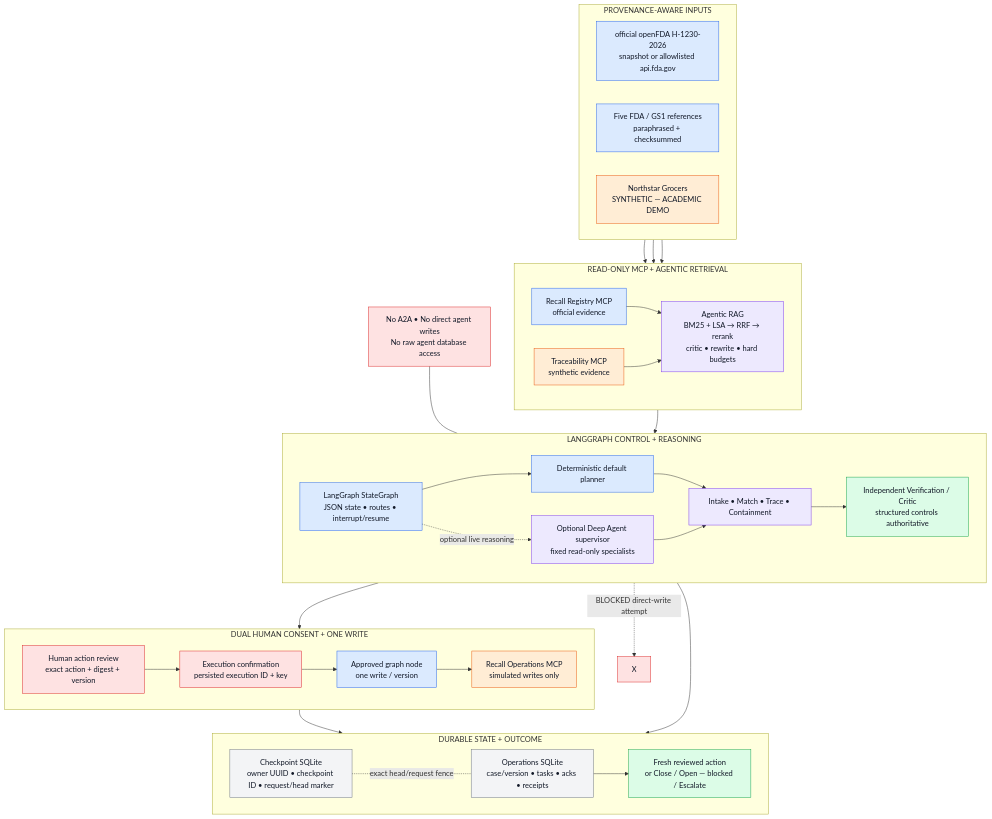
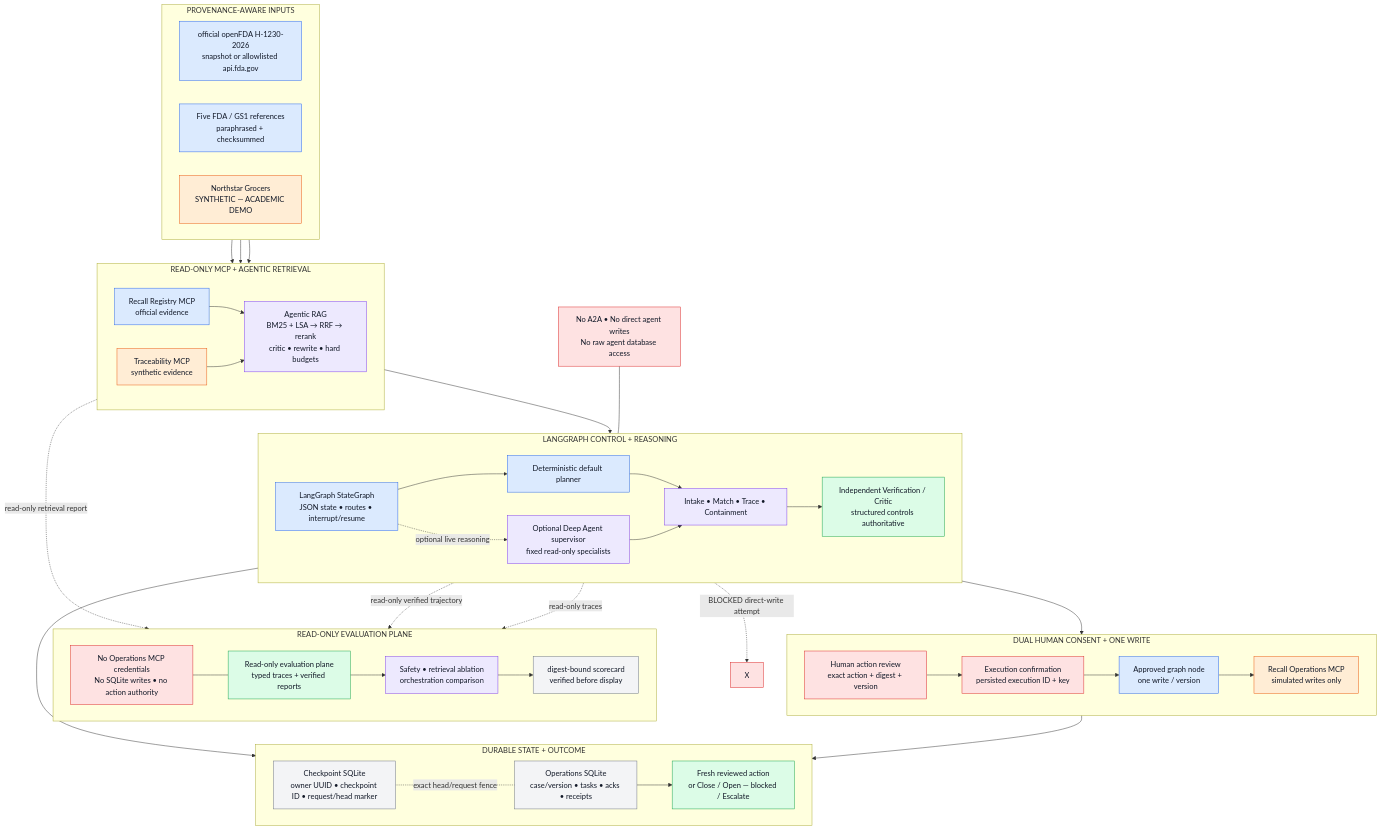
One commit to nagarjunakanamarlapudi/reacall-agents changed the diagram in docs/images/02_system_architecture.mmd. Above: the diagram before and after it, drawn with Mermaid. The commit also changed 9 other files, not shown here.

Commit message:
docs: diagram the evaluation architecture

```diff
--- a/docs/images/02_system_architecture.mmd
+++ b/docs/images/02_system_architecture.mmd
@@ -1,62 +1,75 @@
 flowchart TB
   classDef official fill:#dbeafe,stroke:#2563eb,color:#111827
   classDef synthetic fill:#ffedd5,stroke:#ea580c,color:#111827
   classDef reason fill:#ede9fe,stroke:#7c3aed,color:#111827
   classDef verify fill:#dcfce7,stroke:#16a34a,color:#111827
   classDef action fill:#ffedd5,stroke:#ea580c,color:#111827
   classDef human fill:#fee2e2,stroke:#dc2626,color:#111827
   classDef state fill:#f3f4f6,stroke:#6b7280,color:#111827
 
   subgraph INPUTS["PROVENANCE-AWARE INPUTS"]
     direction LR
     O["official openFDA H-1230-2026<br/>snapshot or allowlisted api.fda.gov"]:::official
     P["Five FDA / GS1 references<br/>paraphrased + checksummed"]:::official
     S["Northstar Grocers<br/>SYNTHETIC — ACADEMIC DEMO"]:::synthetic
   end
 
   subgraph READS["READ-ONLY MCP + AGENTIC RETRIEVAL"]
     direction LR
     RR["Recall Registry MCP<br/>official evidence"]:::official
     RAG["Agentic RAG<br/>BM25 + LSA → RRF → rerank<br/>critic • rewrite • hard budgets"]:::reason
     TM["Traceability MCP<br/>synthetic evidence"]:::synthetic
     RR --> RAG
     TM --> RAG
   end
 
   subgraph CONTROL["LANGGRAPH CONTROL + REASONING"]
     direction LR
     G["LangGraph StateGraph<br/>JSON state • routes • interrupt/resume"]:::official
     DP["Deterministic default planner"]:::official
     DA["Optional Deep Agent supervisor<br/>fixed read-only specialists"]:::reason
     SP["Intake • Match • Trace • Containment"]:::reason
     VC["Independent Verification / Critic<br/>structured controls authoritative"]:::verify
     G --> DP --> SP --> VC
     G -. optional live reasoning .-> DA --> SP
   end
 
+  subgraph EVALUATION["READ-ONLY EVALUATION PLANE"]
+    direction LR
+    EV["Read-only evaluation plane<br/>typed traces + verified reports"]:::verify
+    SUITES["Safety • retrieval ablation<br/>orchestration comparison"]:::reason
+    SCORE["digest-bound scorecard<br/>verified before display"]:::state
+    EVALSAFE["No Operations MCP credentials<br/>No SQLite writes • no action authority"]:::human
+    EV --> SUITES --> SCORE
+    EVALSAFE --- EV
+  end
+
   subgraph CONSENT["DUAL HUMAN CONSENT + ONE WRITE"]
     direction LR
     HR["Human action review<br/>exact action + digest + version"]:::human
     EC["Execution confirmation<br/>persisted execution ID + key"]:::human
     GN["Approved graph node<br/>one write / version"]:::official
     OM["Recall Operations MCP<br/>simulated writes only"]:::action
     HR --> EC --> GN --> OM
   end
 
   subgraph DURABLE["DURABLE STATE + OUTCOME"]
     direction LR
     CP["Checkpoint SQLite<br/>owner UUID • checkpoint ID • request/head marker"]:::state
     OP["Operations SQLite<br/>case/version • tasks • acks • receipts"]:::state
     OUT["Fresh reviewed action<br/>or Close / Open — blocked / Escalate"]:::verify
     CP -. exact head/request fence .- OP --> OUT
   end
 
   O --> RR
   P --> RR
   S --> TM
   RAG --> G
+  RAG -. read-only retrieval report .-> EV
+  G -. read-only traces .-> EV
+  VC -. read-only verified trajectory .-> EV
   VC --> HR
   OM --> OP
   G --> CP
   SP -. "BLOCKED direct-write attempt" .-> X["X"]:::human
   SAFE["No A2A • No direct agent writes<br/>No raw agent database access"]:::human --- G
```
